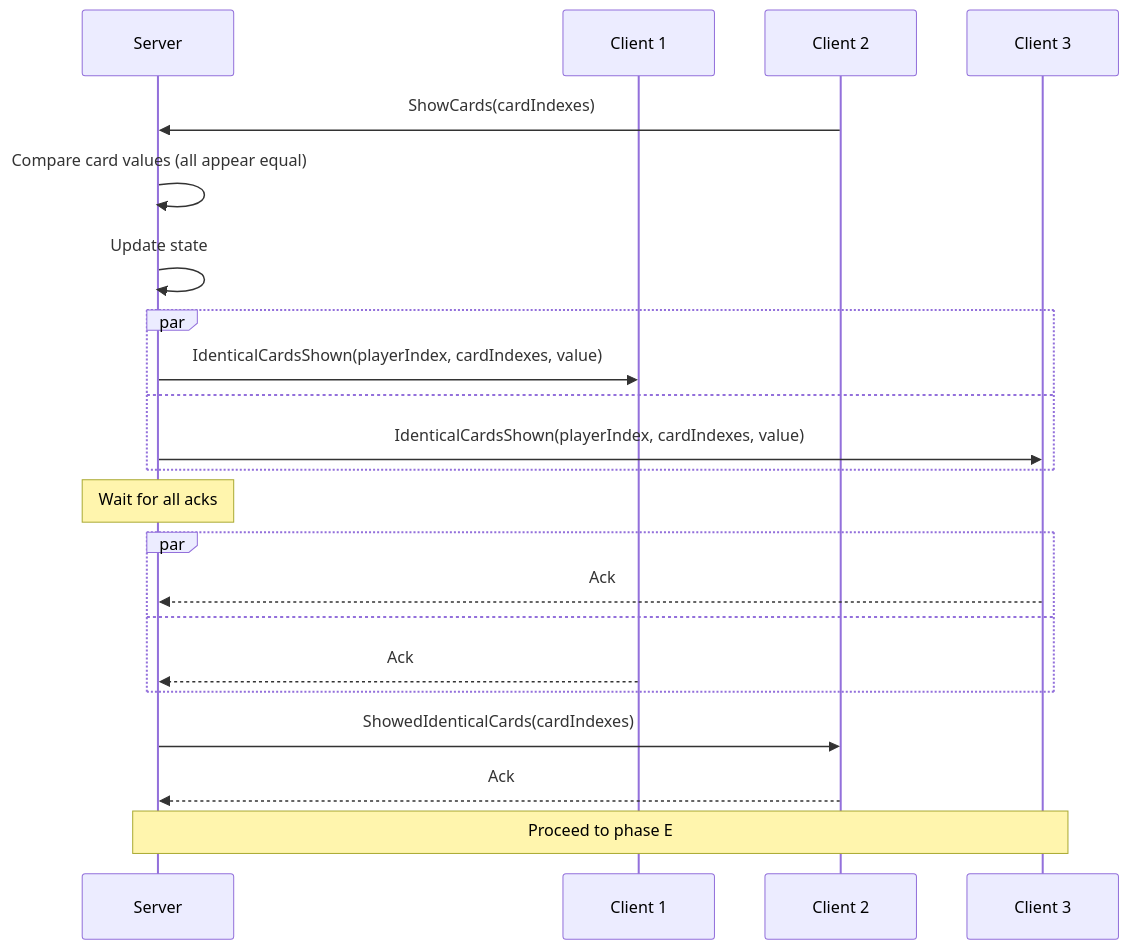
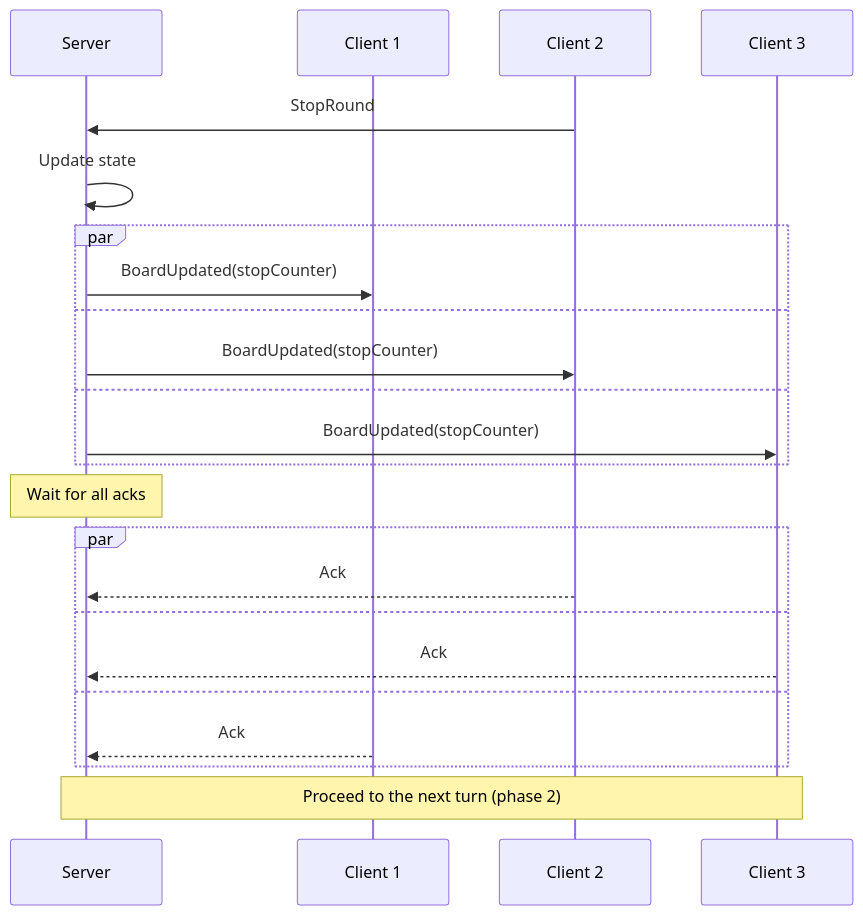
The sixth of 15 diagrams in README.md (roman-zubarevich/another), drawn with Mermaid before and after one commit. The commit also changed other lines of this file, not shown here.

````diff
--- a/README.md
+++ b/README.md
@@ -171,24 +160,25 @@
 ```mermaid
 sequenceDiagram
     participant S as Server
     participant C1 as Client 1
     participant C2 as Client 2
     participant C3 as Client 3
-    C2->>S: ShowCards(cardIndexes)
-    S->>S: Compare card values (all appear equal)
+    C2->>S: StopRound
     S->>S: Update state
     par
-        S->>C1: IdenticalCardsShown(playerIndex, cardIndexes, value)
+        S->>C1: BoardUpdated(stopCounter)
     and
-        S->>C3: IdenticalCardsShown(playerIndex, cardIndexes, value)
+        S->>C2: BoardUpdated(stopCounter)
+    and
+        S->>C3: BoardUpdated(stopCounter)
     end
     Note over S: Wait for all acks
     par
+        C2-->>S: Ack
+    and
         C3-->>S: Ack
     and
         C1-->>S: Ack
     end
-    S->>C2: ShowedIdenticalCards(cardIndexes)
-    C2-->>S: Ack
-    Note over S,C3: Proceed to phase E
+    Note over S,C3: Proceed to the next turn (phase 2)
 ```
````
